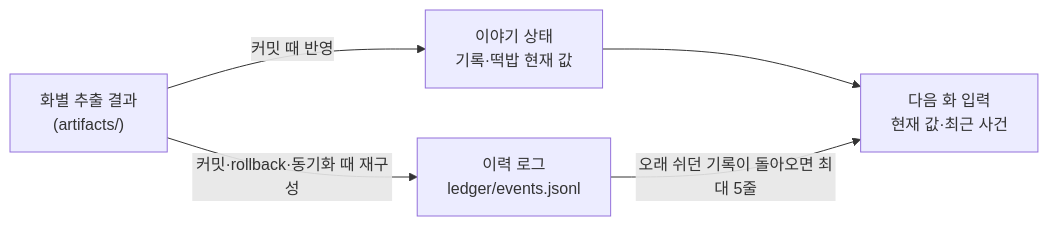
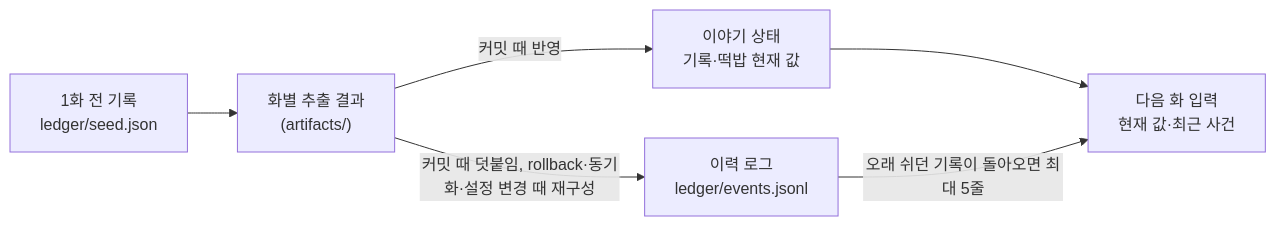
One commit to fbwndrud/vibelore changed the third of 6 diagrams in docs/ARCHITECTURE.md. Above: the diagram before and after it, drawn with Mermaid. The commit also changed other lines of this file and 7 other files, not shown here.

Commit message:
docs: ledger seed, per-chapter config, log digest, merge and input changes

````diff
--- a/docs/ARCHITECTURE.md
+++ b/docs/ARCHITECTURE.md
@@ -78,7 +78,8 @@
 ```mermaid
 flowchart LR
+    S["1화 전 기록<br/>ledger/seed.json"] --> X
     X["화별 추출 결과<br/>(artifacts/)"] -->|"커밋 때 반영"| N["이야기 상태<br/>기록·떡밥 현재 값"]
-    X -->|"커밋·rollback·동기화 때 재구성"| L["이력 로그<br/>ledger/events.jsonl"]
+    X -->|"커밋 때 덧붙임, rollback·동기화·설정 변경 때 재구성"| L["이력 로그<br/>ledger/events.jsonl"]
     N --> I["다음 화 입력<br/>현재 값·최근 사건"]
     L -->|"오래 쉬던 기록이 돌아오면 최대 5줄"| I
 ```
````
